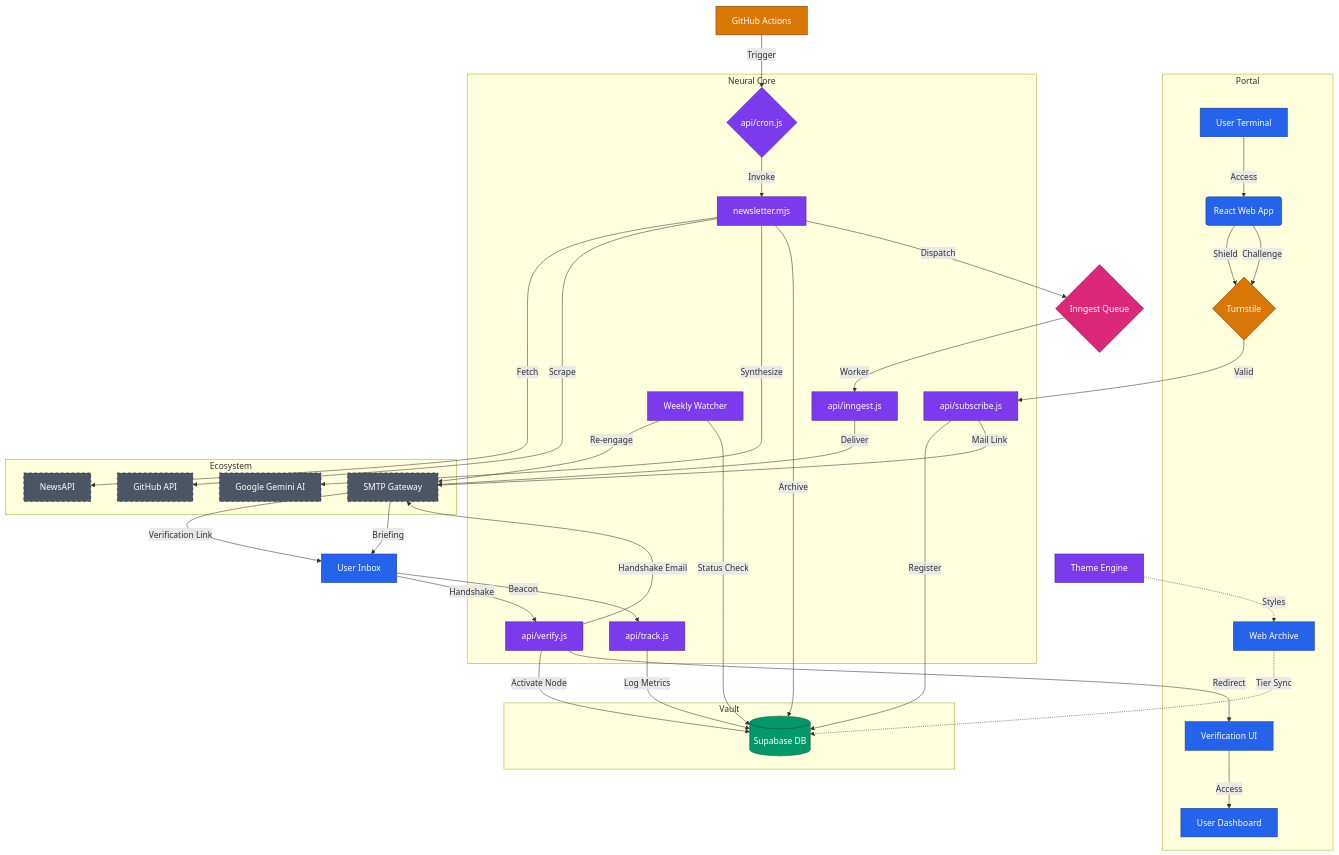
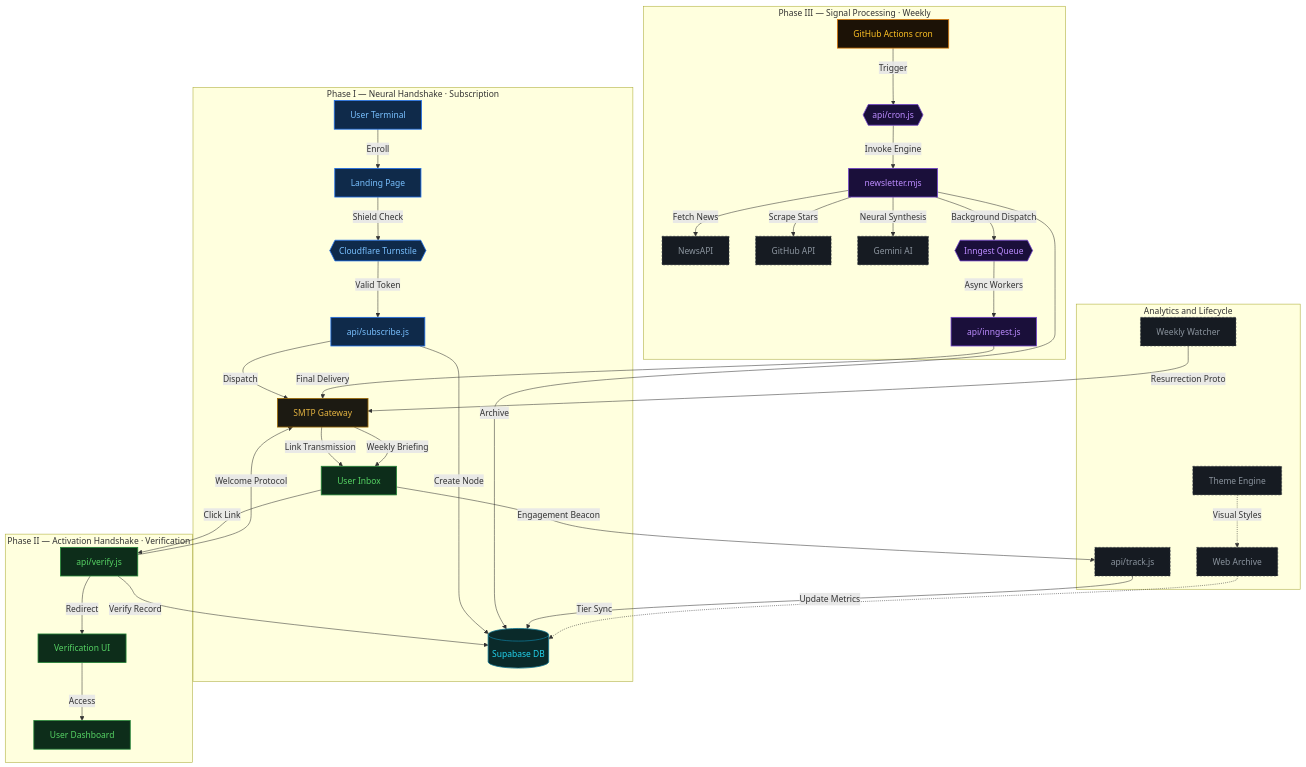
Before and after one commit to MuhammadUsmanGM/NewsLetter: the diagram in README.md, drawn with Mermaid.

Commit message:
docs: restructure Mermaid diagram into numbered phases for onboarding clarity

````diff
--- a/README.md
+++ b/README.md
@@ -45,83 +45,63 @@
 ```mermaid
 graph TD
-    subgraph Frontend [Portal]
-        A[User Terminal] -->|Access| B(React Web App)
-        B -->|Shield| C{Turnstile}
-        VU[Verification UI]
-        DA[User Dashboard]
-        M[Web Archive]
+    %% ─── Phase I: Subscription ───────────────────────────────────
+    subgraph Onboarding ["Phase I — Neural Handshake · Subscription"]
+        A["User Terminal"]      -->|"Enroll"| B["Landing Page"]
+        B                       -->|"Shield Check"| C{{"Cloudflare Turnstile"}}
+        C                       -->|"Valid Token"| D["api/subscribe.js"]
+        D                       -->|"Create Node"| E[("Supabase DB")]
+        D                       -->|"Dispatch"| K["SMTP Gateway"]
+        K                       -->|"Link Transmission"| L["User Inbox"]
     end
 
-    subgraph Logic [Neural Core]
-        D[api/subscribe.js]
-        V[api/verify.js]
-        G{api/cron.js}
-        NS[newsletter.mjs]
-        INH[api/inngest.js]
-        T[api/track.js]
-        SU[Weekly Watcher]
+    %% ─── Phase II: Verification ──────────────────────────────────
+    subgraph Verification ["Phase II — Activation Handshake · Verification"]
+        L  -->|"Click Link"| V["api/verify.js"]
+        V  -->|"Verify Record"| E
+        V  -->|"Welcome Protocol"| K
+        V  -->|"Redirect"| VU["Verification UI"]
+        VU -->|"Access"| DA["User Dashboard"]
     end
 
-    subgraph Storage [Vault]
-        E[(Supabase DB)]
+    %% ─── Phase III: Weekly Pipeline ──────────────────────────────
+    subgraph Intelligence ["Phase III — Signal Processing · Weekly"]
+        F["GitHub Actions cron"] -->|"Trigger"| G{{"api/cron.js"}}
+        G                        -->|"Invoke Engine"| NS["newsletter.mjs"]
+        NS                       -->|"Fetch News"| H["NewsAPI"]
+        NS                       -->|"Scrape Stars"| I["GitHub API"]
+        NS                       -->|"Neural Synthesis"| J["Gemini AI"]
+        NS                       -->|"Archive"| E
+        NS                       -->|"Background Dispatch"| ING{{"Inngest Queue"}}
+        ING                      -->|"Async Workers"| INH["api/inngest.js"]
+        INH                      -->|"Final Delivery"| K
+        K                        -->|"Weekly Briefing"| L
     end
 
-    subgraph External [Ecosystem]
-        H[NewsAPI]
-        I[GitHub API]
-        J[Google Gemini AI]
-        K[SMTP Gateway]
+    %% ─── Analytics & Lifecycle ───────────────────────────────────
+    subgraph Maintenance ["Analytics and Lifecycle"]
+        T["api/track.js"]    -->|"Update Metrics"| E
+        L                    -->|"Engagement Beacon"| T
+        SU["Weekly Watcher"] -->|"Resurrection Proto"| K
+        M["Web Archive"]    -.->|"Tier Sync"| E
+        P["Theme Engine"]   -.->|"Visual Styles"| M
     end
 
-    %% Auth Flow
-    B -->|Challenge| C
-    C -->|Valid| D
-    D -->|Register| E
-    D -->|Mail Link| K
-    
-    %% Verification
-    K -->|Verification Link| L[User Inbox]
-    L -->|Handshake| V
-    V -->|Activate Node| E
-    V -->|Handshake Email| K
-    V -->|Redirect| VU
-    VU -->|Access| DA
+    %% ─── Styling ─────────────────────────────────────────────────
+    classDef onboarding   fill:#0f2a4a,stroke:#1f6feb,color:#79c0ff,stroke-width:1.5px
+    classDef verification fill:#0d2d1a,stroke:#238636,color:#56d364,stroke-width:1.5px
+    classDef intelligence fill:#1a0f3a,stroke:#6e40c9,color:#bc8cff,stroke-width:1.5px
+    classDef database     fill:#0a2a2a,stroke:#0e7490,color:#22d3ee,stroke-width:1.5px
+    classDef gateway      fill:#1c1a12,stroke:#9e6a03,color:#e3b341,stroke-width:1.5px
+    classDef external     fill:#161b22,stroke:#30363d,color:#8b949e,stroke-width:1px,stroke-dasharray:4 3
+    classDef trigger      fill:#1c1206,stroke:#d97706,color:#fbbf24,stroke-width:1.5px
+    classDef queue        fill:#2d1a1a,stroke:#b91c1c,color:#fca5a5,stroke-width:1.5px
 
-    %% Newsletter Engine
-    F[GitHub Actions] -->|Trigger| G
-    G -->|Invoke| NS
-    NS -->|Fetch| H
-    NS -->|Scrape| I
-    NS -->|Synthesize| J
-    NS -->|Archive| E
-    NS -->|Dispatch| ING{Inngest Queue}
-    
-    ING -->|Worker| INH
-    INH -->|Deliver| K
-    K -->|Briefing| L
-
-    %% Maintenance
-    T -->|Log Metrics| E
-    L -->|Beacon| T
-    SU -->|Re-engage| K
-    SU -->|Status Check| E
-
-    %% Personalization
-    M -.->|Tier Sync| E
-    P[Theme Engine] -.->|Styles| M
-
-    %% Styling
-    classDef frontend fill:#2563eb,stroke:#1e3a8a,color:#fff
-    classDef logic fill:#7c3aed,stroke:#4c1d95,color:#fff
-    classDef database fill:#059669,stroke:#064e3b,color:#fff
-    classDef trigger fill:#d97706,stroke:#78350f,color:#fff
-    classDef queue fill:#db2777,stroke:#831843,color:#fff
-    classDef external fill:#4b5563,stroke:#1f2937,color:#fff,stroke-dasharray: 5 5
-
-    class A,B,VU,DA,M,L frontend
-    class D,V,G,T,P,NS,INH,SU logic
+    class A,B,C,D onboarding
+    class L,V,VU,DA verification
+    class G,NS,ING,INH intelligence
+    class F trigger
     class E database
-    class C,F trigger
-    class ING queue
-    class H,I,J,K external
+    class K gateway
+    class H,I,J external
+    class T,SU,M,P external
 ```
````
